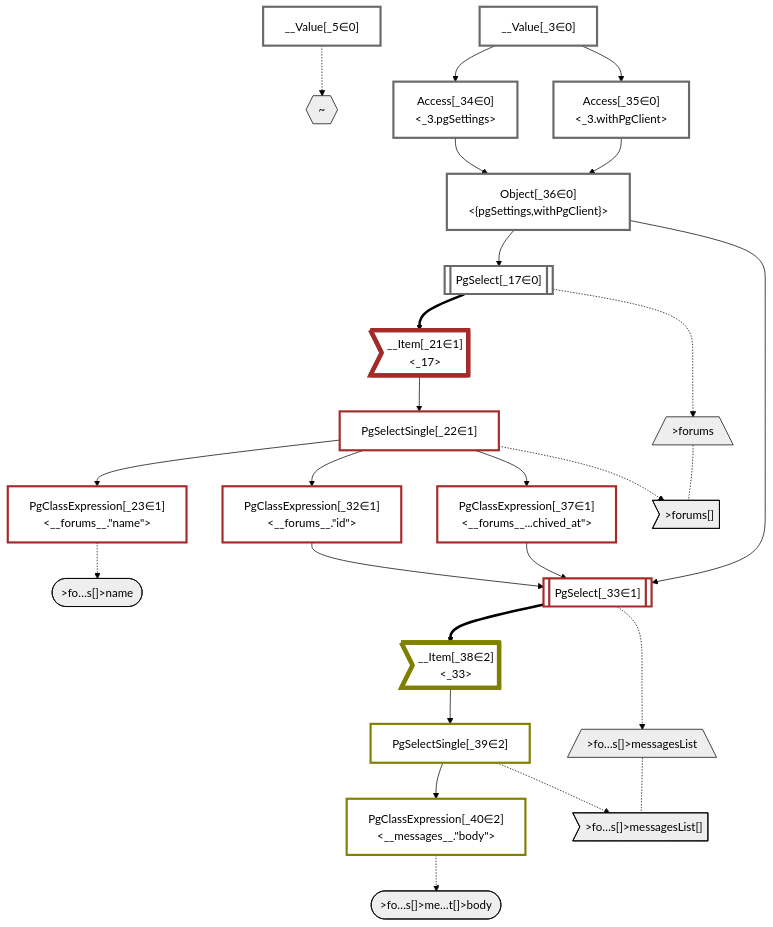
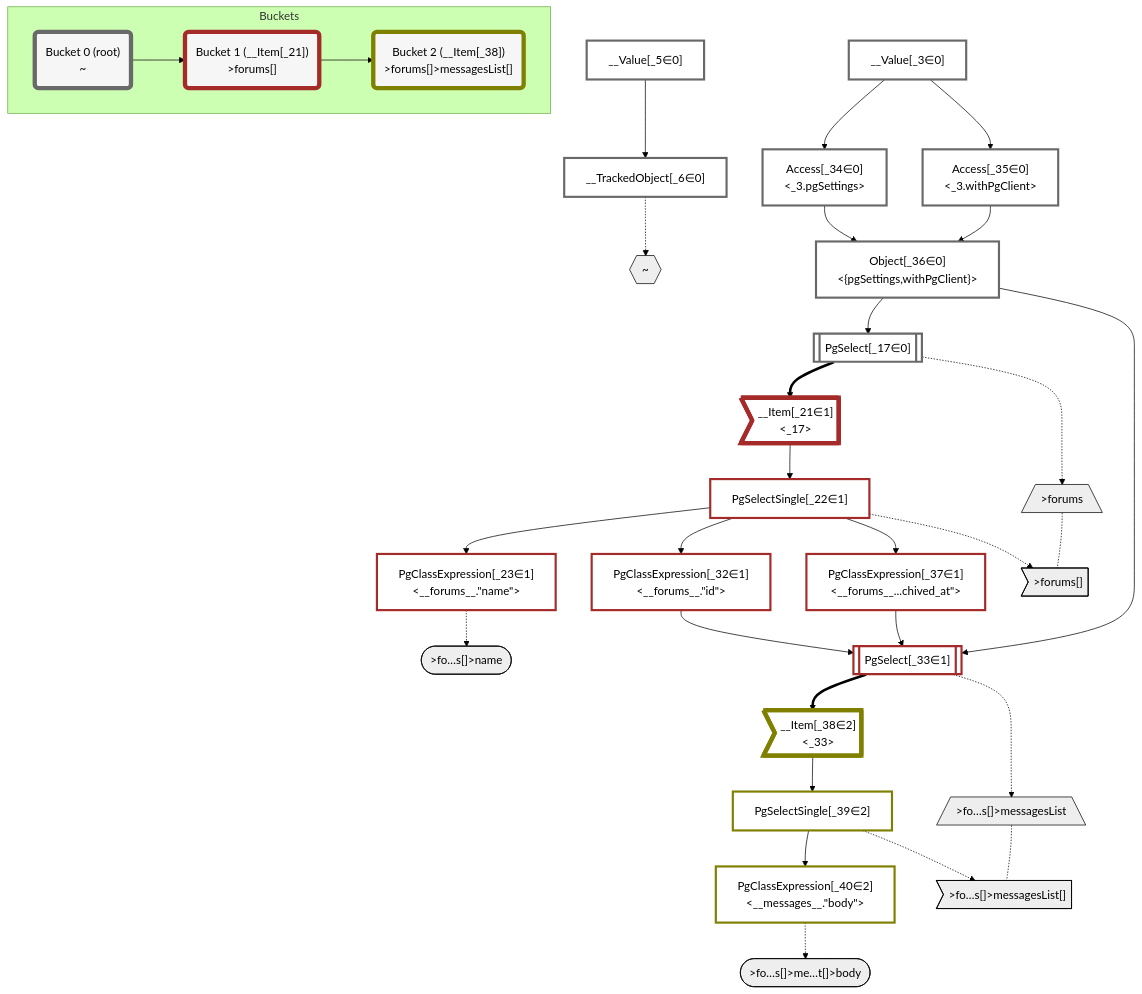
Before and after one commit to graphile/crystal: the diagram in packages/dataplan-pg/__tests__/queries/conditions/basics.deopt.mermaid.md, drawn with Mermaid (forest theme). The commit also changed 195 other files, not shown here.

````diff
--- a/packages/dataplan-pg/__tests__/queries/conditions/basics.deopt.mermaid.md
+++ b/packages/dataplan-pg/__tests__/queries/conditions/basics.deopt.mermaid.md
@@ -4,6 +4,7 @@
     classDef plan fill:#fff,stroke-width:3px,color:#000
     classDef itemplan fill:#fff,stroke-width:6px,color:#000
     classDef sideeffectplan fill:#f00,stroke-width:6px,color:#000
+    classDef bucket fill:#f6f6f6,color:#000,stroke-width:6px
 
     %% subgraph fields
     P1{{"~"}}:::path
@@ -24,6 +25,7 @@
     %% define plans
     __Value_3["__Value[_3∈0]<br /><context>"]:::plan
     __Value_5["__Value[_5∈0]<br /><rootValue>"]:::plan
+    __TrackedObject_6["__TrackedObject[_6∈0]"]:::plan
     PgSelect_17[["PgSelect[_17∈0]<br /><forums>"]]:::plan
     __Item_21>"__Item[_21∈1]<br /><_17>"]:::itemplan
     PgSelectSingle_22["PgSelectSingle[_22∈1]<br /><forums>"]:::plan
@@ -39,6 +41,7 @@
     PgClassExpression_40["PgClassExpression[_40∈2]<br /><__messages__.#quot;body#quot;>"]:::plan
 
     %% plan dependencies
+    __Value_5 --> __TrackedObject_6
     Object_36 --> PgSelect_17
     PgSelect_17 ==> __Item_21
     __Item_21 --> PgSelectSingle_22
@@ -57,7 +60,7 @@
     PgSelectSingle_39 --> PgClassExpression_40
 
     %% plan-to-path relationships
-    __Value_5 -.-> P1
+    __TrackedObject_6 -.-> P1
     PgSelect_17 -.-> P2
     PgSelectSingle_22 -.-> P3
     PgClassExpression_23 -.-> P4
@@ -67,9 +70,20 @@
 
     %% allocate buckets
     classDef bucket0 stroke:#696969
-    class __Value_3,__Value_5,PgSelect_17,Access_34,Access_35,Object_36 bucket0
+    class __Value_3,__Value_5,__TrackedObject_6,PgSelect_17,Access_34,Access_35,Object_36 bucket0
     classDef bucket1 stroke:#a52a2a
     class __Item_21,PgSelectSingle_22,PgClassExpression_23,PgClassExpression_32,PgSelect_33,PgClassExpression_37 bucket1
     classDef bucket2 stroke:#808000
     class __Item_38,PgSelectSingle_39,PgClassExpression_40 bucket2
+
+    subgraph Buckets
+    Bucket0("Bucket 0 (root)<br />~"):::bucket
+    style Bucket0 stroke:#696969
+    Bucket1("Bucket 1 (__Item[_21])<br />>forums[]"):::bucket
+    style Bucket1 stroke:#a52a2a
+    Bucket0 --> Bucket1
+    Bucket2("Bucket 2 (__Item[_38])<br />>forums[]>messagesList[]"):::bucket
+    style Bucket2 stroke:#808000
+    Bucket1 --> Bucket2
+    end
 ```
````
